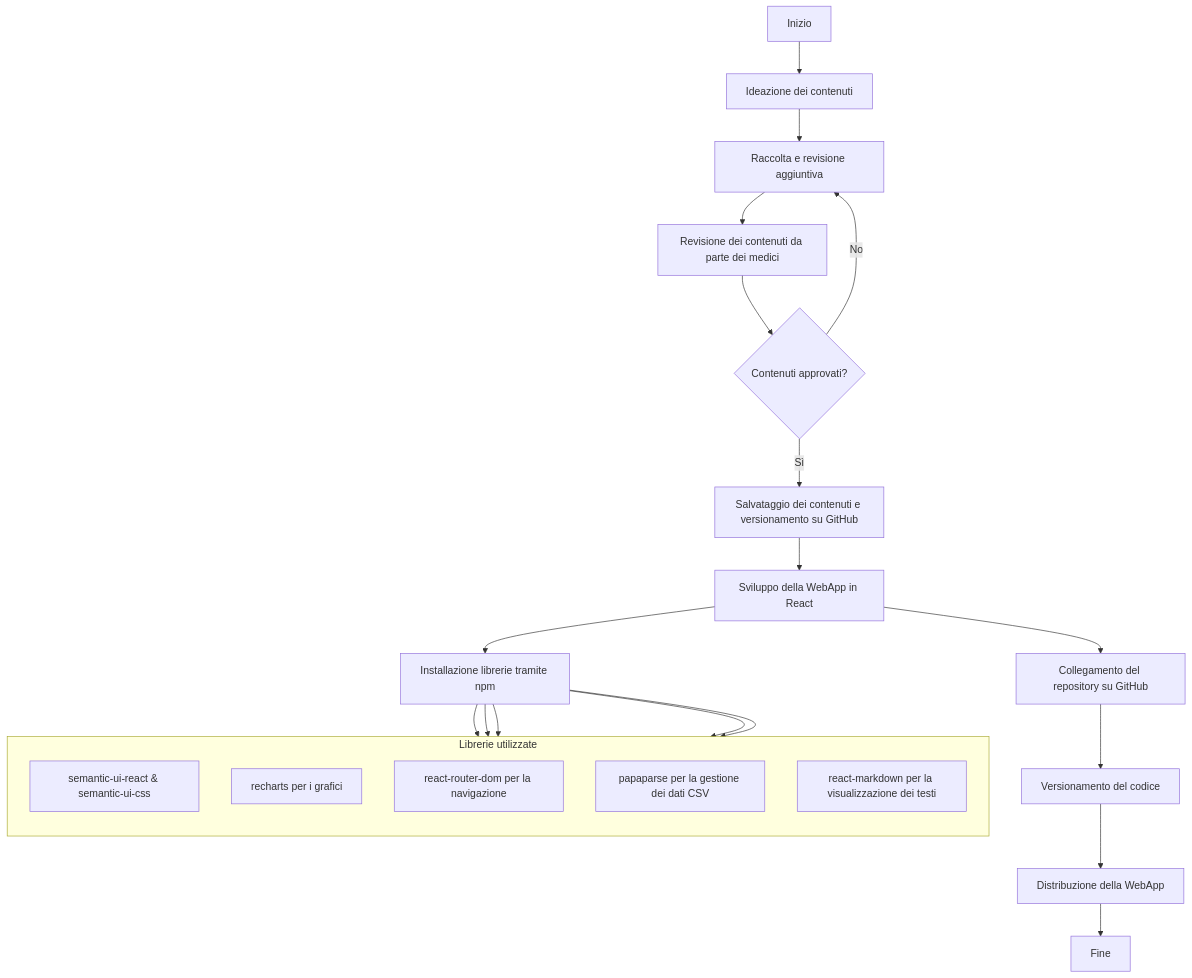
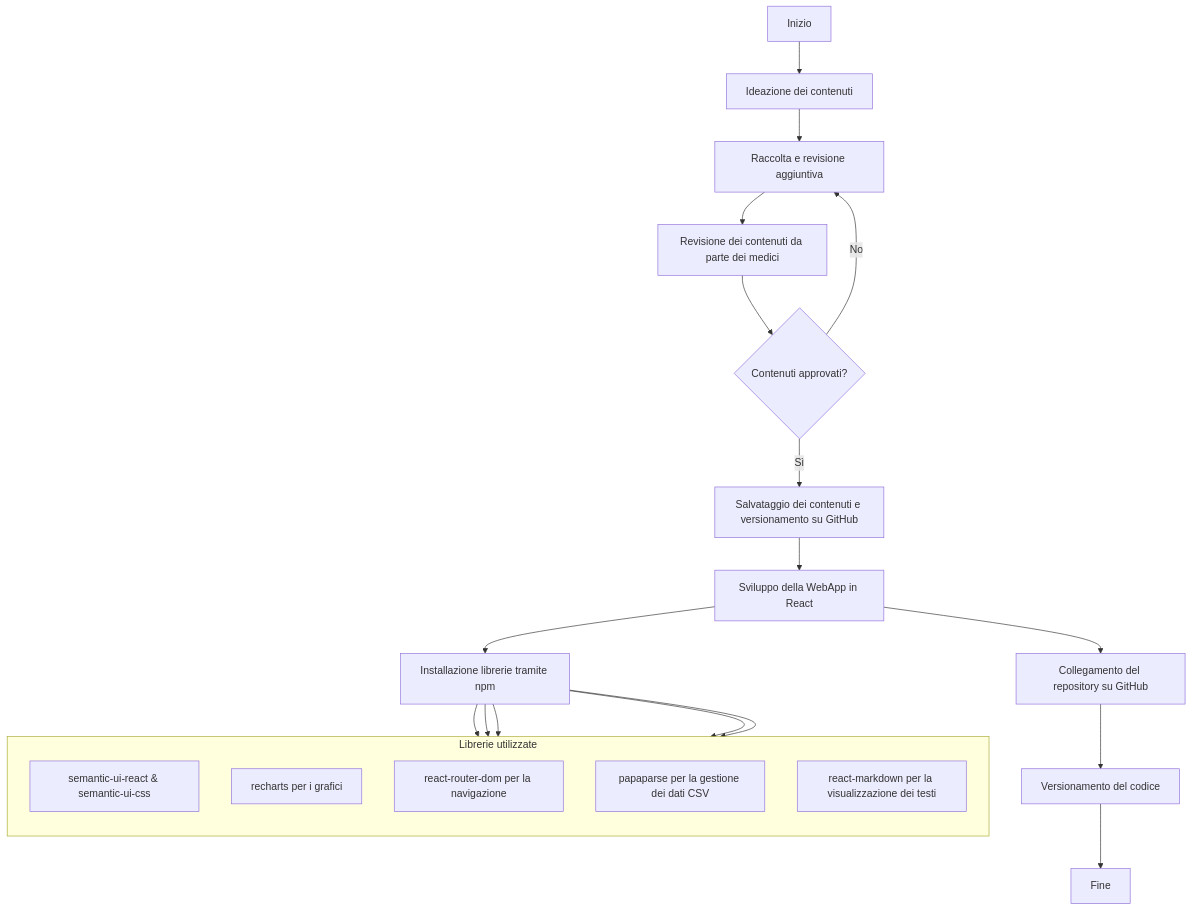
The diagram in relazione esame/RelazioneProgettoEsame.md (mauritiuss/health-dashboard), drawn with Mermaid before and after one commit.

Commit message:
aggiornamento struttura relazione esame

````diff
--- a/relazione esame/RelazioneProgettoEsame.md
+++ b/relazione esame/RelazioneProgettoEsame.md
@@ -130,33 +130,32 @@
 ```mermaid
 graph TD
     A[Inizio] --> B[Ideazione dei contenuti]
     B --> C[Acquisizione automatica dei contenuti con GPT-4]
     C --> D[Revisione dei contenuti da parte dei medici]
 
     E{Contenuti approvati?}
     D --> E
     E -->|Sì| F[Salvataggio dei contenuti e versionamento su GitHub]
     E -->|No| C[Raccolta e revisione aggiuntiva]
 
     F --> G[Sviluppo della WebApp in React]
     G --> H[Installazione librerie tramite npm]
 
     subgraph Librerie utilizzate
         direction TB
         I1[semantic-ui-react & semantic-ui-css]
         I2[recharts per i grafici]
         I3[react-router-dom per la navigazione]
         I4[papaparse per la gestione dei dati CSV]
         I5[react-markdown per la visualizzazione dei testi]
     end
     H --> I1
     H --> I2
     H --> I3
     H --> I4
     H --> I5
 
     G --> J[Collegamento del repository su GitHub]
     J --> K[Versionamento del codice]
-    K --> L[Distribuzione della WebApp]
-    L --> M[Fine]
+    K --> L[Fine]
 ```
````
